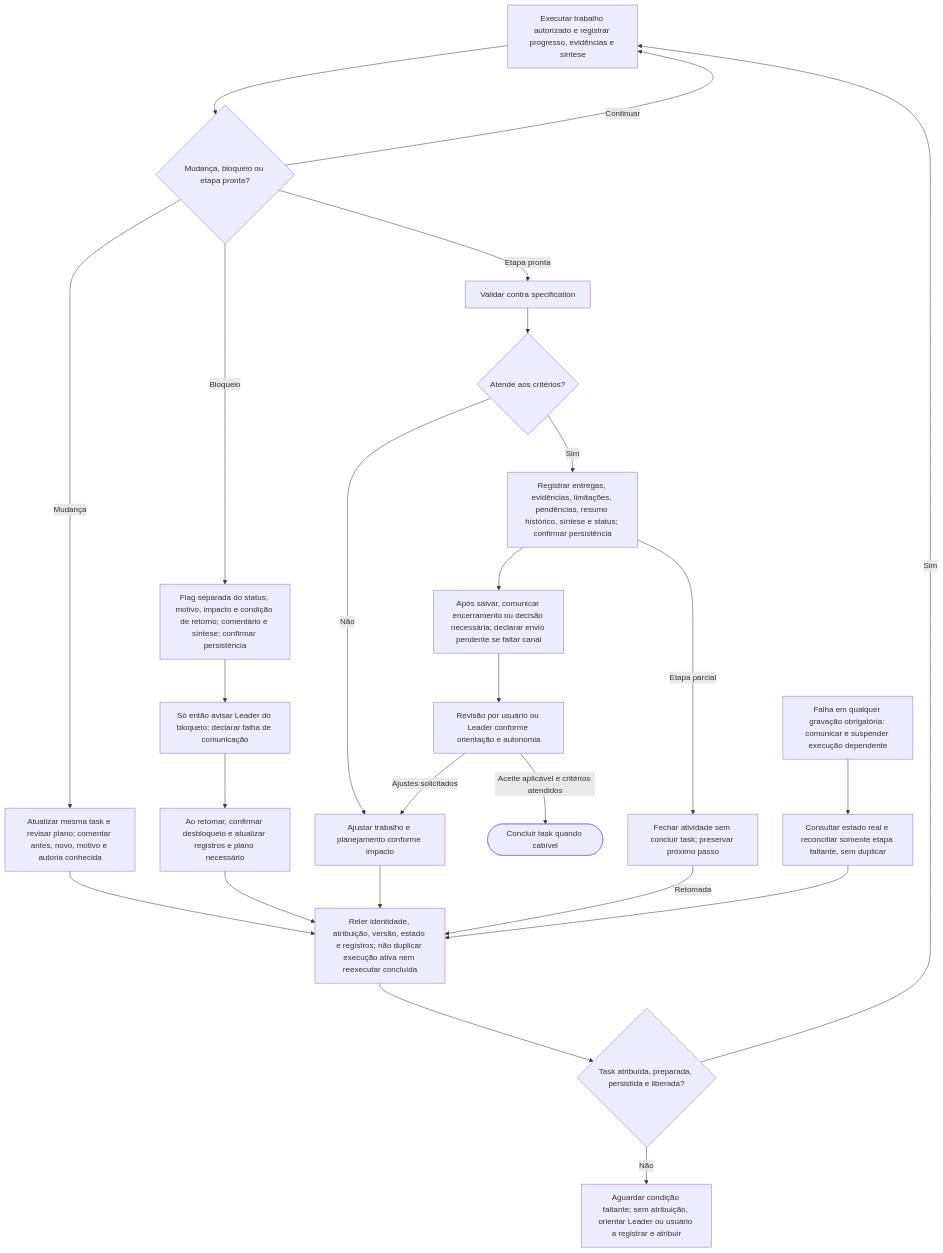
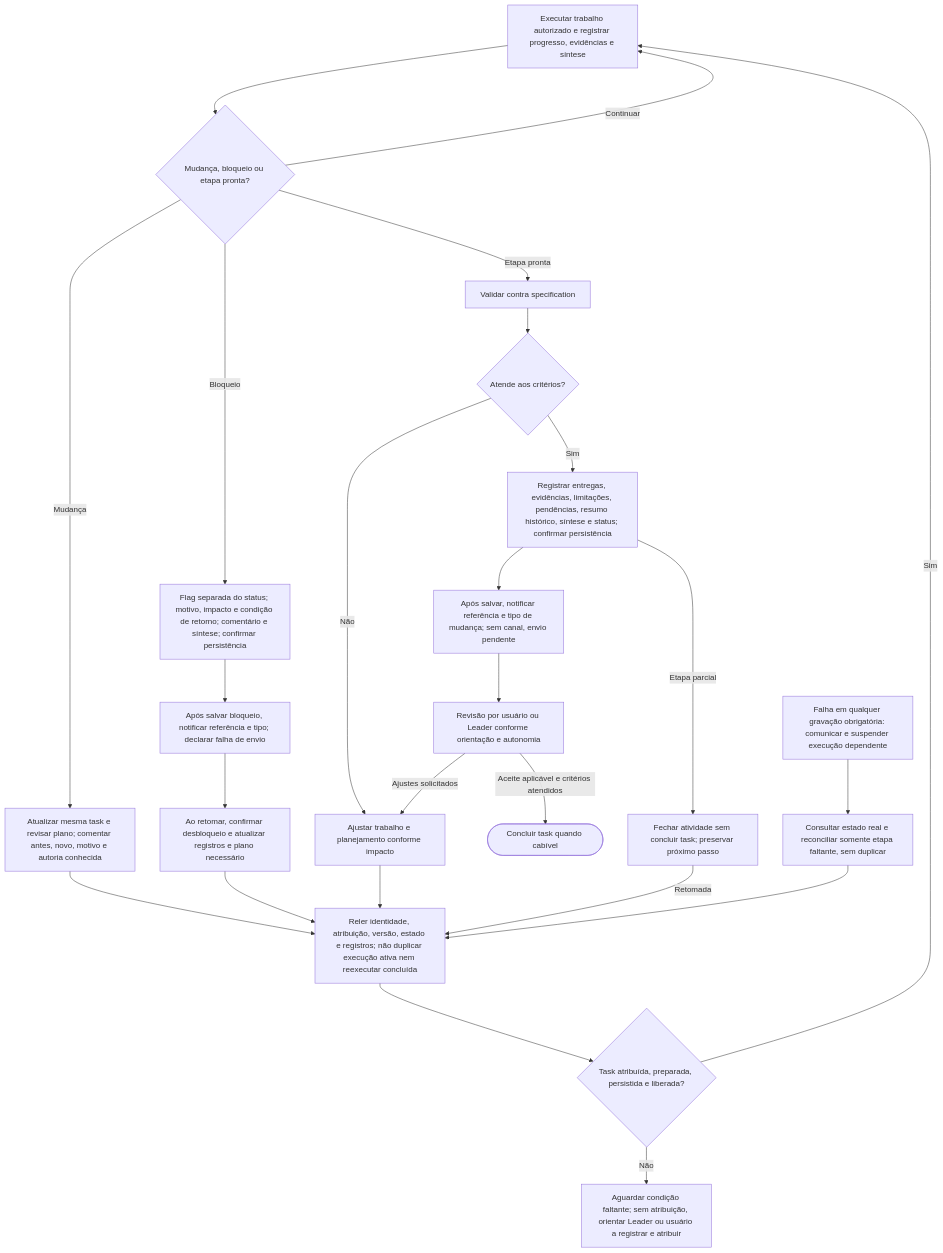
The second of 2 diagrams in docs/collaborator-workflow.md (runvibe/beeteam), drawn with Mermaid before and after one commit. The commit also changed other lines of this file and 27 other files, not shown here.

````diff
--- a/docs/collaborator-workflow.md
+++ b/docs/collaborator-workflow.md
@@ -40,27 +54,27 @@
 ```mermaid
 flowchart TD
     TRABALHO["Executar trabalho autorizado e registrar progresso, evidências e síntese"] --> EVENTO{"Mudança, bloqueio ou etapa pronta?"}
     EVENTO -->|Continuar| TRABALHO
     EVENTO -->|Mudança| MUDANCA["Atualizar mesma task e revisar plano; comentar antes, novo, motivo e autoria conhecida"]
     MUDANCA --> REVALIDAR
     EVENTO -->|Bloqueio| BLOQUEIO["Flag separada do status; motivo, impacto e condição de retorno; comentário e síntese; confirmar persistência"]
-    BLOQUEIO --> AVISOB["Só então avisar Leader do bloqueio; declarar falha de comunicação"]
+    BLOQUEIO --> AVISOB["Após salvar bloqueio, notificar referência e tipo; declarar falha de envio"]
     AVISOB --> RETOMADA["Ao retomar, confirmar desbloqueio e atualizar registros e plano necessário"]
     RETOMADA --> REVALIDAR
     EVENTO -->|Etapa pronta| TESTAR["Validar contra specification"]
     TESTAR --> RESULTADO{"Atende aos critérios?"}
     RESULTADO -->|Não| AJUSTES["Ajustar trabalho e planejamento conforme impacto"]
     AJUSTES --> REVALIDAR
     RESULTADO -->|Sim| ENTREGA["Registrar entregas, evidências, limitações, pendências, resumo histórico, síntese e status; confirmar persistência"]
-    ENTREGA --> AVISOR["Após salvar, comunicar encerramento ou decisão necessária; declarar envio pendente se faltar canal"]
+    ENTREGA --> AVISOR["Após salvar, notificar referência e tipo de mudança; sem canal, envio pendente"]
     AVISOR --> REVISAO["Revisão por usuário ou Leader conforme orientação e autonomia"]
     REVISAO -->|Ajustes solicitados| AJUSTES
     REVISAO -->|Aceite aplicável e critérios atendidos| CONCLUIR(["Concluir task quando cabível"])
     ENTREGA -->|Etapa parcial| PARCIAL["Fechar atividade sem concluir task; preservar próximo passo"]
     PARCIAL -->|Retomada| REVALIDAR
     FALHA["Falha em qualquer gravação obrigatória: comunicar e suspender execução dependente"] --> RECUPERAR["Consultar estado real e reconciliar somente etapa faltante, sem duplicar"]
     RECUPERAR --> REVALIDAR
     REVALIDAR["Reler identidade, atribuição, versão, estado e registros; não duplicar execução ativa nem reexecutar concluída"] --> PRONTO{"Task atribuída, preparada, persistida e liberada?"}
     PRONTO -->|Sim| TRABALHO
     PRONTO -->|Não| ESPERA["Aguardar condição faltante; sem atribuição, orientar Leader ou usuário a registrar e atribuir"]
 ```
````
